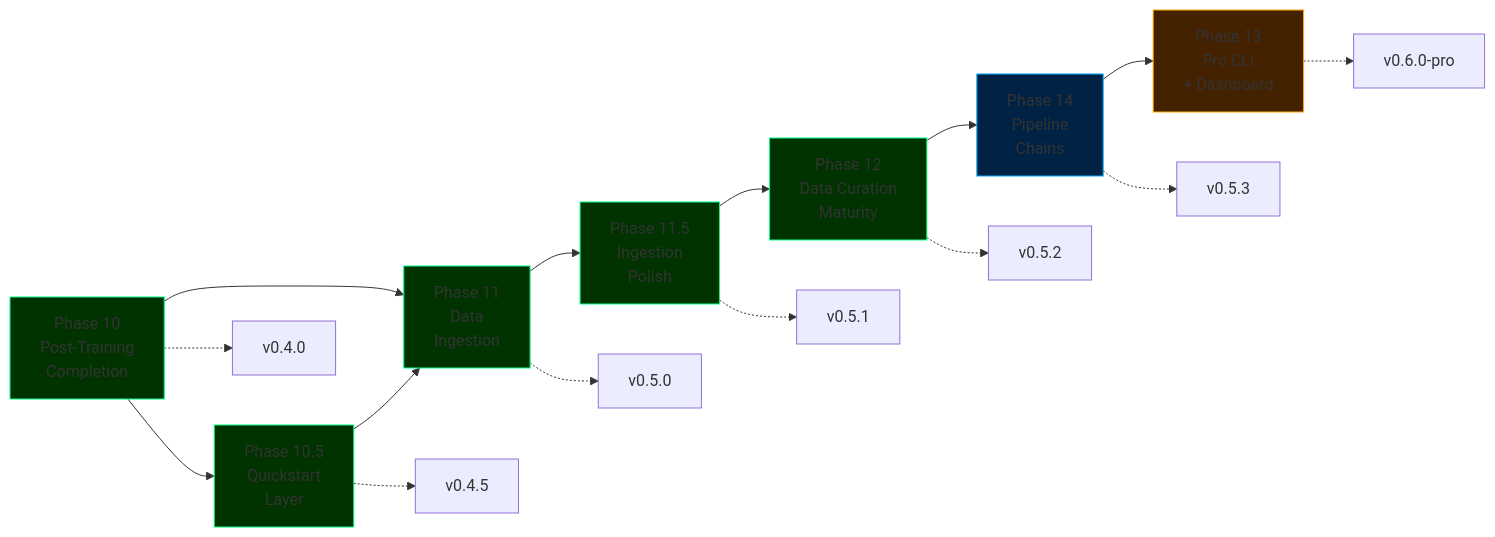
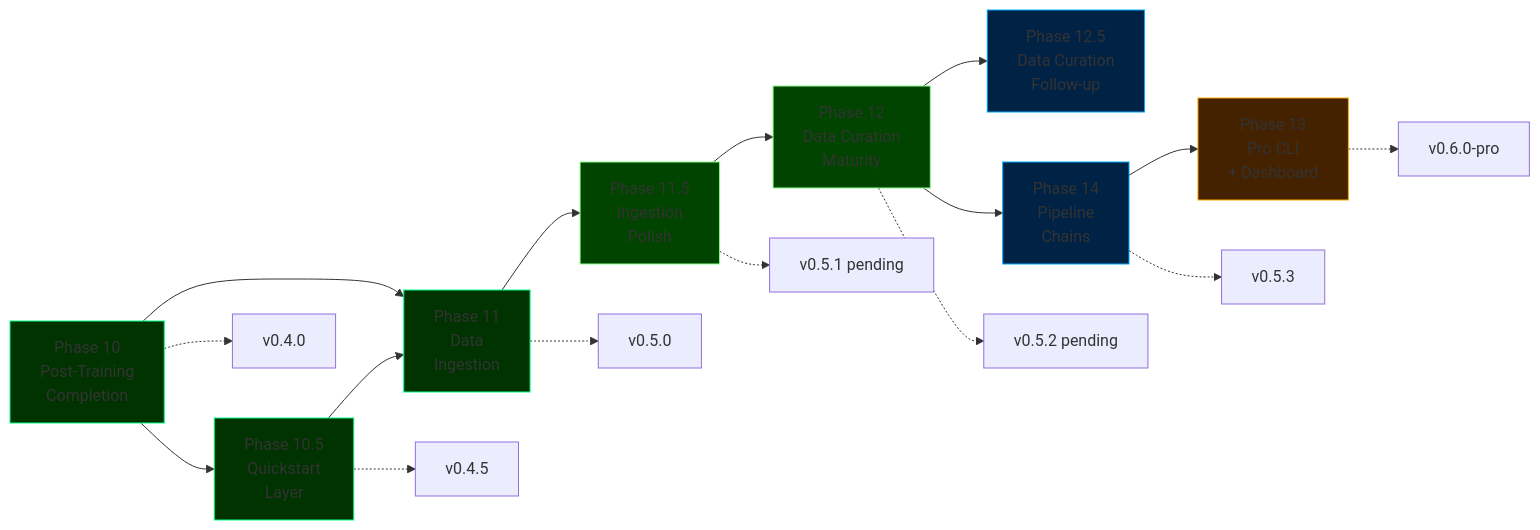
One commit to cemililik/ForgeLM changed the diagram in docs/roadmap.md. Above: the diagram before and after it, drawn with Mermaid. The commit also changed other lines of this file and 10 other files, not shown here.

````diff
--- a/docs/roadmap.md
+++ b/docs/roadmap.md
@@ -32,26 +33,28 @@
 ```mermaid
 graph LR
     P10[Phase 10<br/>Post-Training<br/>Completion] --> P105[Phase 10.5<br/>Quickstart<br/>Layer]
     P10 --> P11[Phase 11<br/>Data<br/>Ingestion]
     P105 --> P11
     P11 --> P115[Phase 11.5<br/>Ingestion<br/>Polish]
     P115 --> P12[Phase 12<br/>Data Curation<br/>Maturity]
+    P12 --> P125[Phase 12.5<br/>Data Curation<br/>Follow-up]
     P12 --> P14[Phase 14<br/>Pipeline<br/>Chains]
     P14 --> P13[Phase 13<br/>Pro CLI<br/>+ Dashboard]
 
     P10 -.-> V1[v0.4.0]
     P105 -.-> V15[v0.4.5]
     P11 -.-> V2[v0.5.0]
-    P115 -.-> V21[v0.5.1]
-    P12 -.-> V22[v0.5.2]
+    P115 -.-> V21[v0.5.1 pending]
+    P12 -.-> V22[v0.5.2 pending]
     P14 -.-> V23[v0.5.3]
     P13 -.-> V3[v0.6.0-pro]
 
     style P10 fill:#003300,stroke:#00ff88
     style P105 fill:#003300,stroke:#00ff88
     style P11 fill:#003300,stroke:#00ff88
-    style P115 fill:#003300,stroke:#00ff88
-    style P12 fill:#003300,stroke:#00ff88
+    style P115 fill:#004400,stroke:#88ff88
+    style P12 fill:#004400,stroke:#88ff88
+    style P125 fill:#002244,stroke:#00aaff
     style P14 fill:#002244,stroke:#00aaff
     style P13 fill:#442200,stroke:#ffaa00
 ```
````
